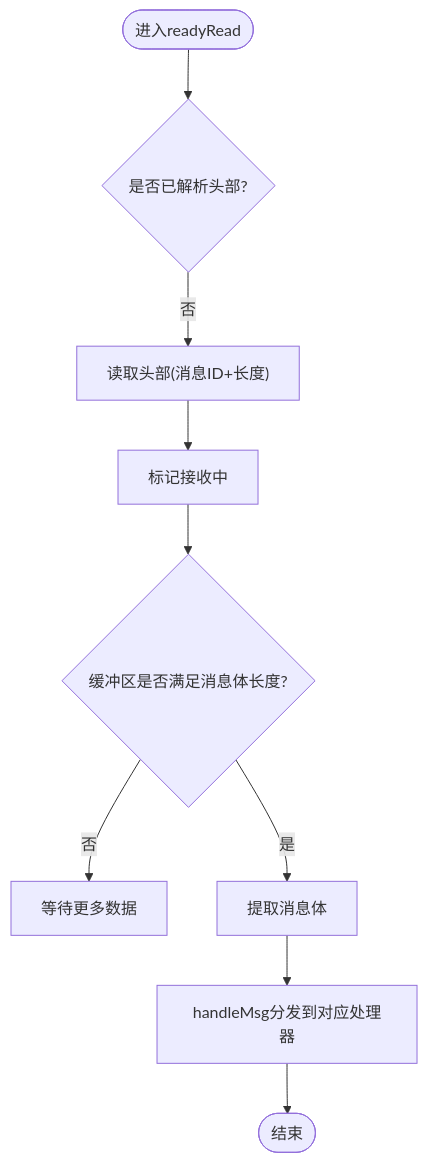
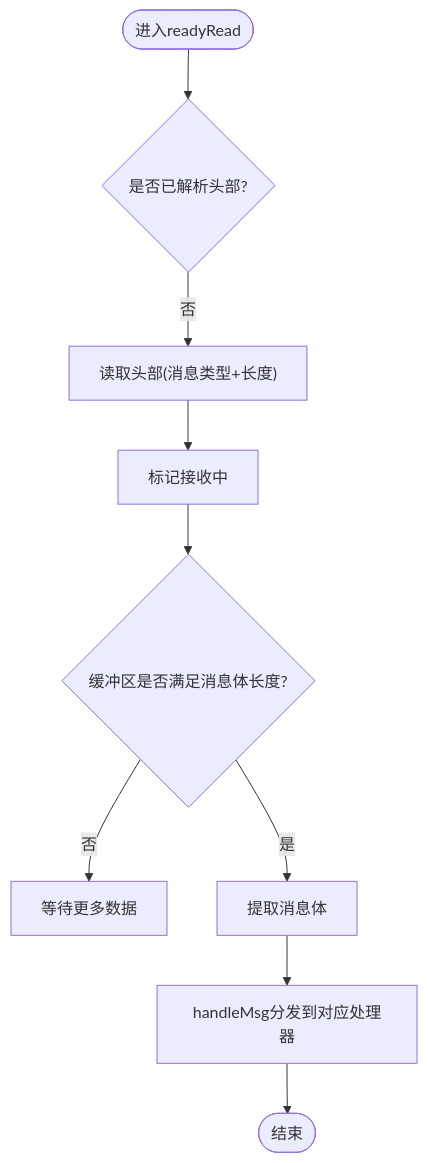
The third of 12 diagrams in .qoder/repowiki/zh/content/架构设计/数据流设计/聊天消息数据流/聊天消息数据流.md (echo9923/mychatter), drawn with Mermaid before and after one commit. The commit also changed other lines of this file and 128 other files, not shown here.

````diff
--- a/.qoder/repowiki/zh/content/架构设计/数据流设计/聊天消息数据流/聊天消息数据流.md
+++ b/.qoder/repowiki/zh/content/架构设计/数据流设计/聊天消息数据流/聊天消息数据流.md
@@ -140,11 +140,11 @@
 ```mermaid
 flowchart TD
 Start(["进入readyRead"]) --> CheckHead{"是否已解析头部?"}
-CheckHead -- 否 --> ReadHead["读取头部(消息ID+长度)"]
+CheckHead -- 否 --> ReadHead["读取头部(消息类型+长度)"]
 ReadHead --> SetPending["标记接收中"]
 SetPending --> CheckBody{"缓冲区是否满足消息体长度?"}
 CheckBody -- 否 --> WaitMore["等待更多数据"]
 CheckBody -- 是 --> ParseBody["提取消息体"]
 ParseBody --> Dispatch["handleMsg分发到对应处理器"]
 Dispatch --> End(["结束"])
 ```
````
